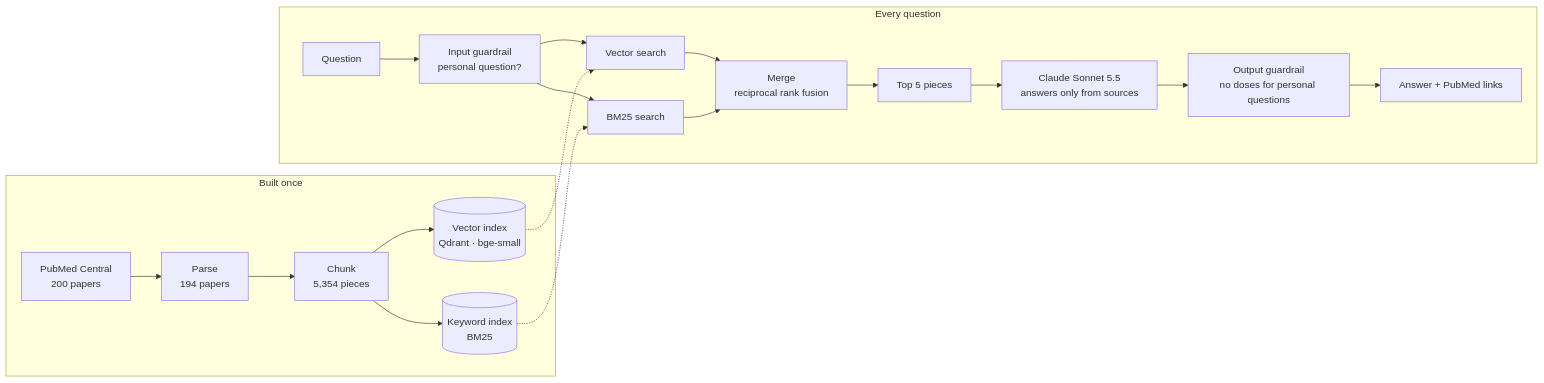
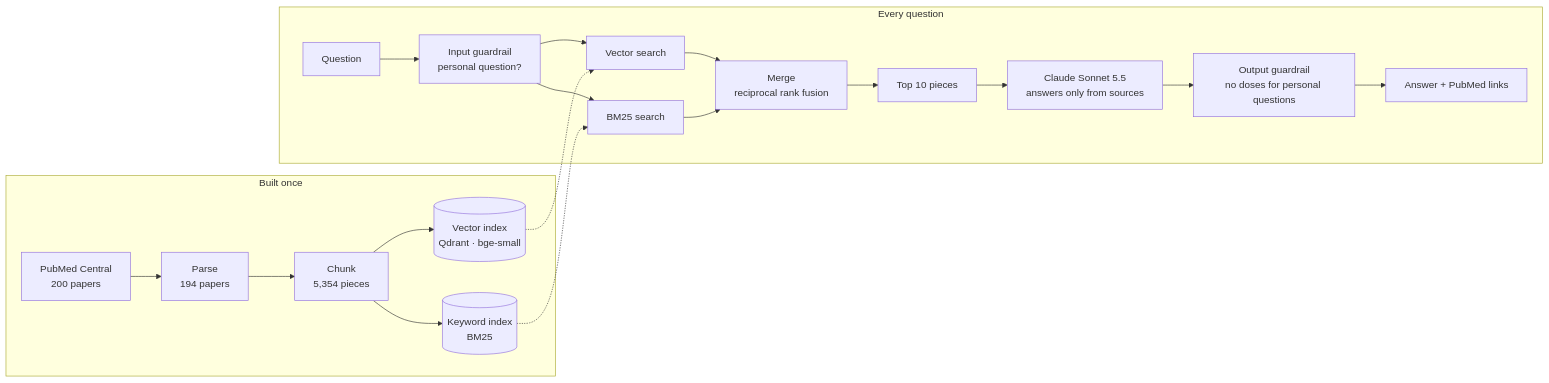
The diagram in README.md (PK2910/CAR-T-CELL-RAG-PROJECT), drawn with Mermaid before and after one commit. The commit also changed other lines of this file and 5 other files, not shown here.

````diff
--- a/README.md
+++ b/README.md
@@ -17,22 +17,22 @@
 ```mermaid
 flowchart LR
     subgraph Offline["Built once"]
         A[PubMed Central<br/>200 papers] --> B[Parse<br/>194 papers]
         B --> C[Chunk<br/>5,354 pieces]
         C --> D[(Vector index<br/>Qdrant · bge-small)]
         C --> E[(Keyword index<br/>BM25)]
     end
     subgraph Online["Every question"]
         Q[Question] --> G1[Input guardrail<br/>personal question?]
         G1 --> V[Vector search]
         G1 --> K[BM25 search]
         V --> R[Merge<br/>reciprocal rank fusion]
         K --> R
-        R --> T[Top 5 pieces]
+        R --> T[Top 10 pieces]
         T --> L[Claude Sonnet 5.5<br/>answers only from sources]
         L --> G2[Output guardrail<br/>no doses for personal questions]
         G2 --> OUT[Answer + PubMed links]
     end
     D -.-> V
     E -.-> K
 ```
````
